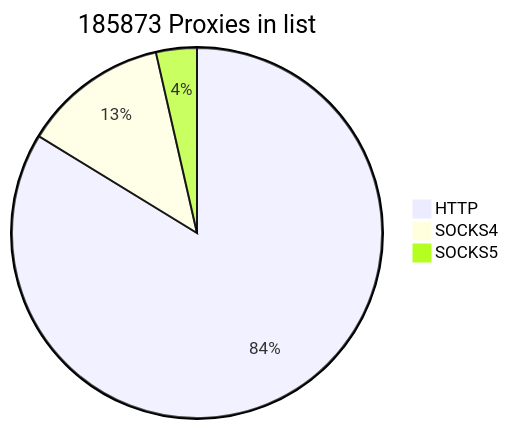
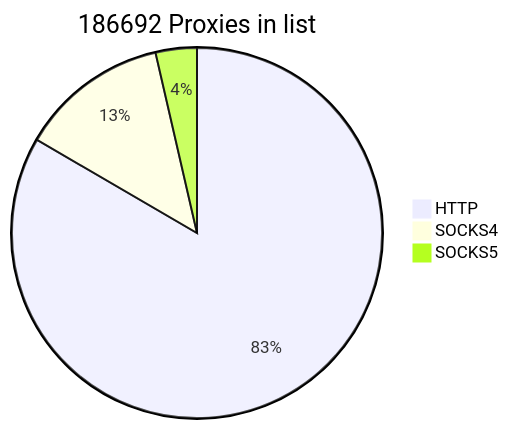
The first of 2 diagrams in README.md (cutipu/proxylist), drawn with Mermaid before and after one commit. The commit also changed other lines of this file, not shown here.

````diff
--- a/README.md
+++ b/README.md
@@ -2,7 +2,7 @@
 ```mermaid
-pie title 185873 Proxies in list
-    "HTTP" : 155651
-    "SOCKS4" : 23599
-    "SOCKS5" : 6623
+pie title 186692 Proxies in list
+    "HTTP" : 155676
+    "SOCKS4" : 24297
+    "SOCKS5" : 6719
             
 ```
````
